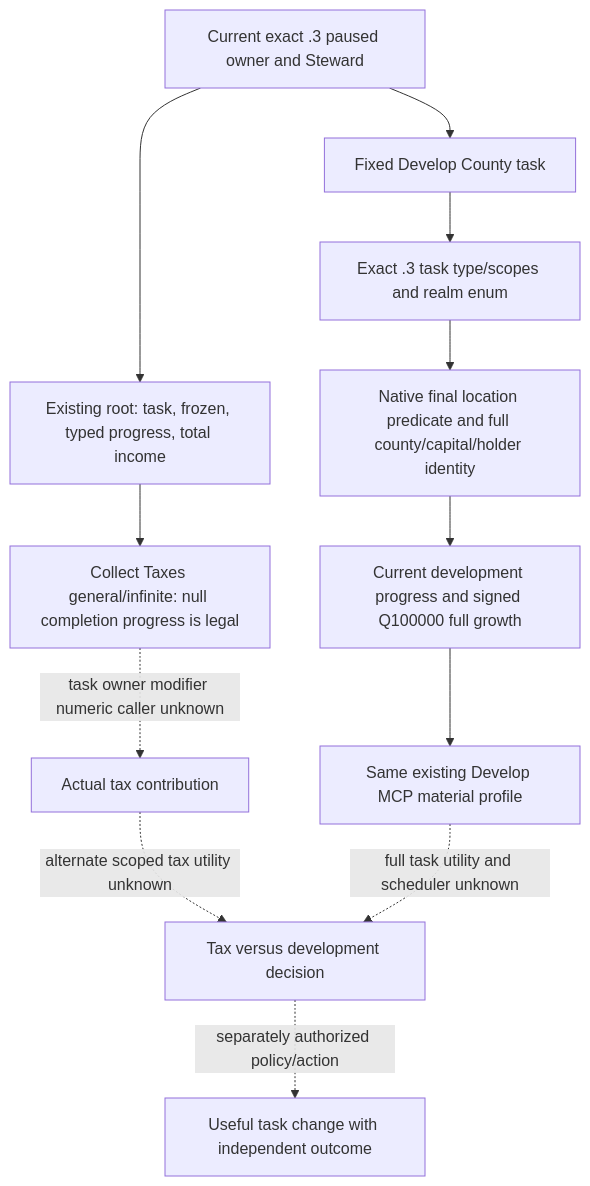
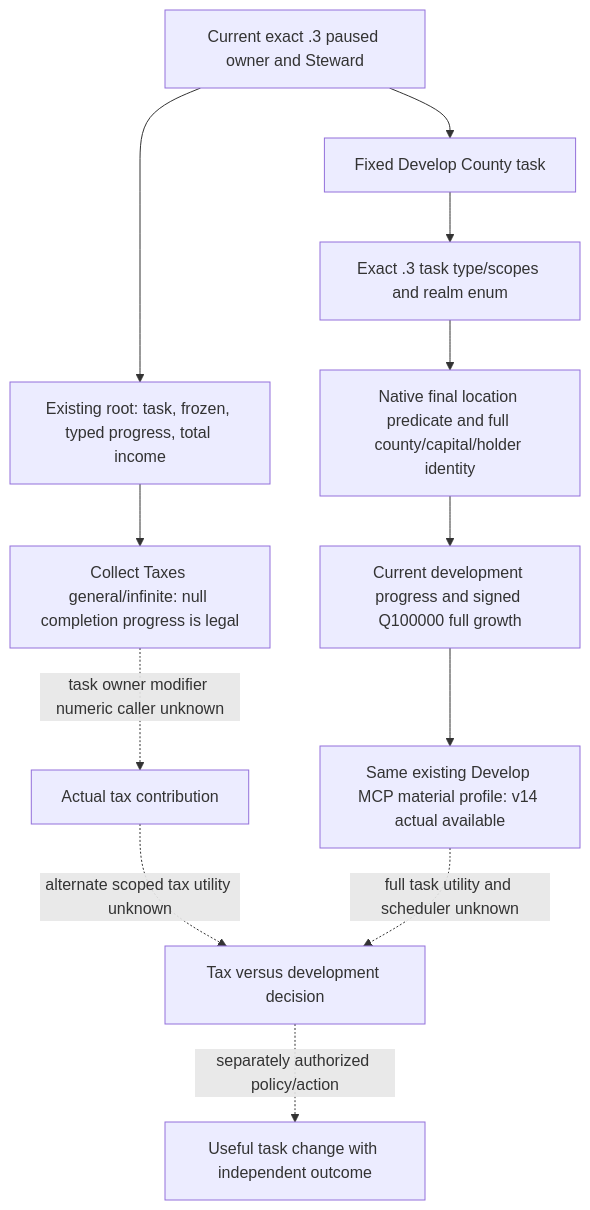
One commit to XenoAmess/ck3_eternal_recurrence changed the diagram in docs/ck3-native-ai/council-collect-taxes-value-probe-2026-09-29.md. Above: the diagram before and after it, drawn with Mermaid. The commit also changed other lines of this file and 6 other files, not shown here.

````diff
--- a/docs/ck3-native-ai/council-collect-taxes-value-probe-2026-09-29.md
+++ b/docs/ck3-native-ai/council-collect-taxes-value-probe-2026-09-29.md
@@ -157,14 +157,14 @@
 ```mermaid
 flowchart TD
     R[Current exact .3 paused owner and Steward] --> O[Existing root: task, frozen, typed progress, total income]
     O --> T[Collect Taxes general/infinite: null completion progress is legal]
     R --> D[Fixed Develop County task]
     D --> C[Exact .3 task type/scopes and realm enum]
     C --> L[Native final location predicate and full county/capital/holder identity]
     L --> G[Current development progress and signed Q100000 full growth]
-    G --> M[Same existing Develop MCP material profile]
+    G --> M[Same existing Develop MCP material profile: v14 actual available]
     T -. task owner modifier numeric caller unknown .-> X[Actual tax contribution]
     X -. alternate scoped tax utility unknown .-> V[Tax versus development decision]
     M -. full task utility and scheduler unknown .-> V
     V -. separately authorized policy/action .-> A[Useful task change with independent outcome]
 ```
````
